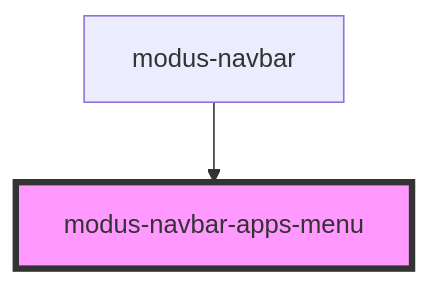
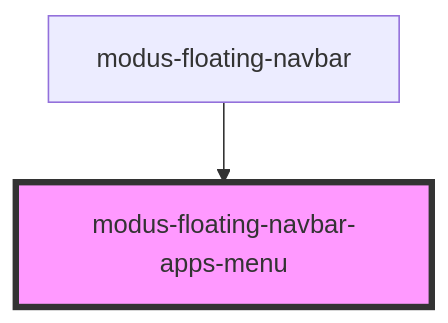
The diagram in stencil-workspace/src/components/modus-floating-navbar/apps-menu/readme.md (trimble-oss/modus-web-components), drawn with Mermaid before and after one commit. The commit also changed other lines of this file and 48 other files, not shown here.

Commit message:
Modified floating navbar component

````diff
--- a/stencil-workspace/src/components/modus-floating-navbar/apps-menu/readme.md
+++ b/stencil-workspace/src/components/modus-floating-navbar/apps-menu/readme.md
@@ -30,5 +30,5 @@
 ```mermaid
 graph TD;
-  modus-navbar --> modus-navbar-apps-menu
-  style modus-navbar-apps-menu fill:#f9f,stroke:#333,stroke-width:4px
+  modus-floating-navbar --> modus-floating-navbar-apps-menu
+  style modus-floating-navbar-apps-menu fill:#f9f,stroke:#333,stroke-width:4px
 ```
````
